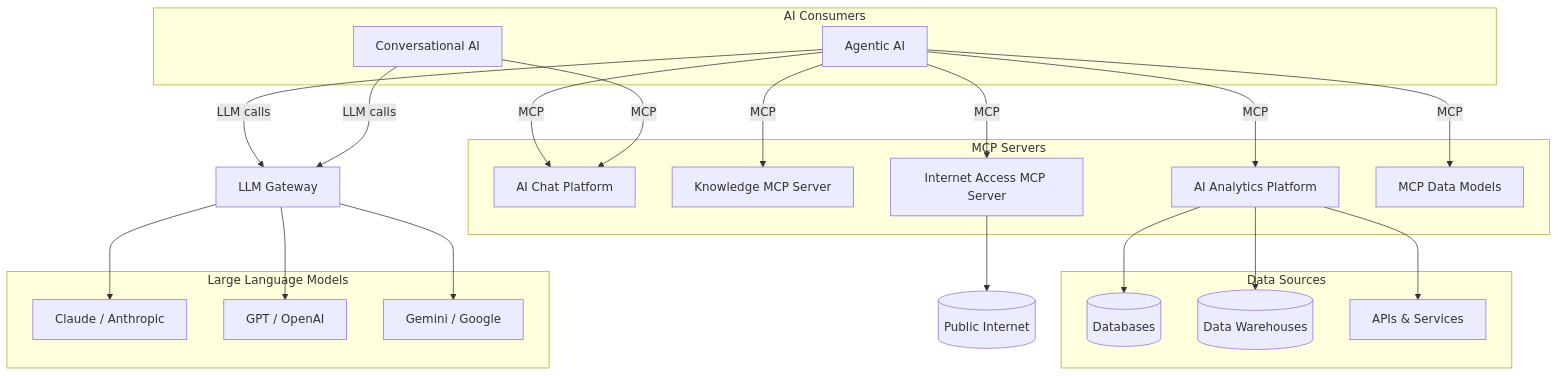
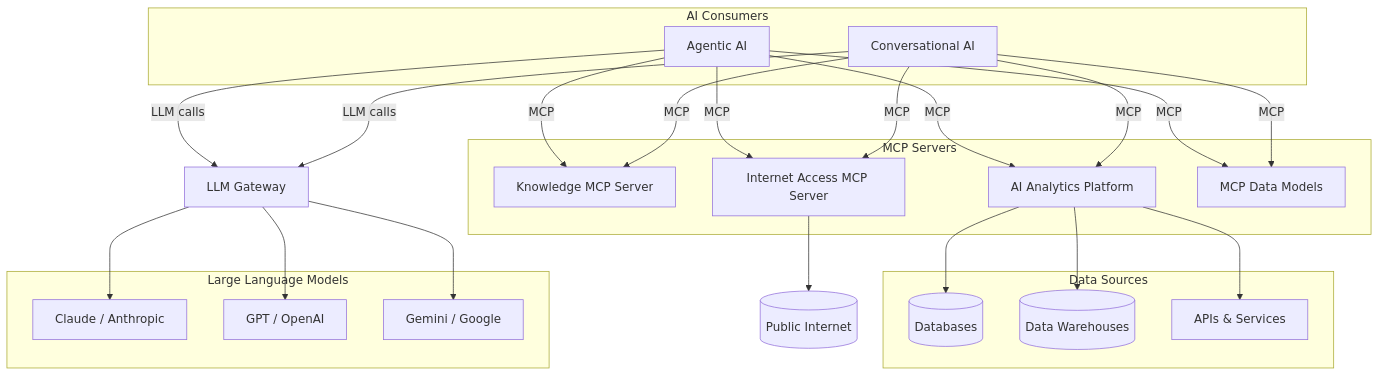
The diagram in README.md (M-A-Operating-System/shared-work), drawn with Mermaid before and after one commit.

Commit message:
docs: remove AI Chat Platform from ecosystem diagram MCP Servers group
https://claude.ai/code/session_01CYjqpWt1v2JhCDuDBEJCSM

````diff
--- a/README.md
+++ b/README.md
@@ -39,54 +39,54 @@
 ```mermaid
 flowchart TB
     subgraph Consumers["AI Consumers"]
         AgAI[Agentic AI]
         ConvAI[Conversational AI]
     end
 
     subgraph MCPServers["MCP Servers"]
-        CH[AI Chat Platform]
         KN[Knowledge MCP Server]
         AN[AI Analytics Platform]
         IN[Internet Access MCP Server]
         DM[MCP Data Models]
     end
 
     subgraph DataSources["Data Sources"]
         DB[(Databases)]
         DW[(Data Warehouses)]
         API[APIs & Services]
     end
 
     WEB[("Public Internet")]
 
     GW[LLM Gateway]
 
     subgraph LLMPool["Large Language Models"]
         L1[Claude / Anthropic]
         L2[GPT / OpenAI]
         L3[Gemini / Google]
     end
 
     AN --> DB
     AN --> DW
     AN --> API
     IN --> WEB
     GW --> L1
     GW --> L2
     GW --> L3
 
     click AN href "docs/product/analytics/01-overview.md"
     click KN href "docs/product/knowledge/01-overview.md"
-    click CH href "docs/product/assistant/01-overview.md"
     click IN href "docs/product/internet/01-overview.md"
     click ConvAI href "docs/product/assistant/01-overview.md"
 
     AgAI -->|MCP| AN
     AgAI -->|MCP| KN
-    AgAI -->|MCP| CH
     AgAI -->|MCP| IN
     AgAI -->|MCP| DM
     AgAI -->|LLM calls| GW
-    ConvAI -->|MCP| CH
+    ConvAI -->|MCP| AN
+    ConvAI -->|MCP| KN
+    ConvAI -->|MCP| IN
+    ConvAI -->|MCP| DM
     ConvAI -->|LLM calls| GW
 ```
````
